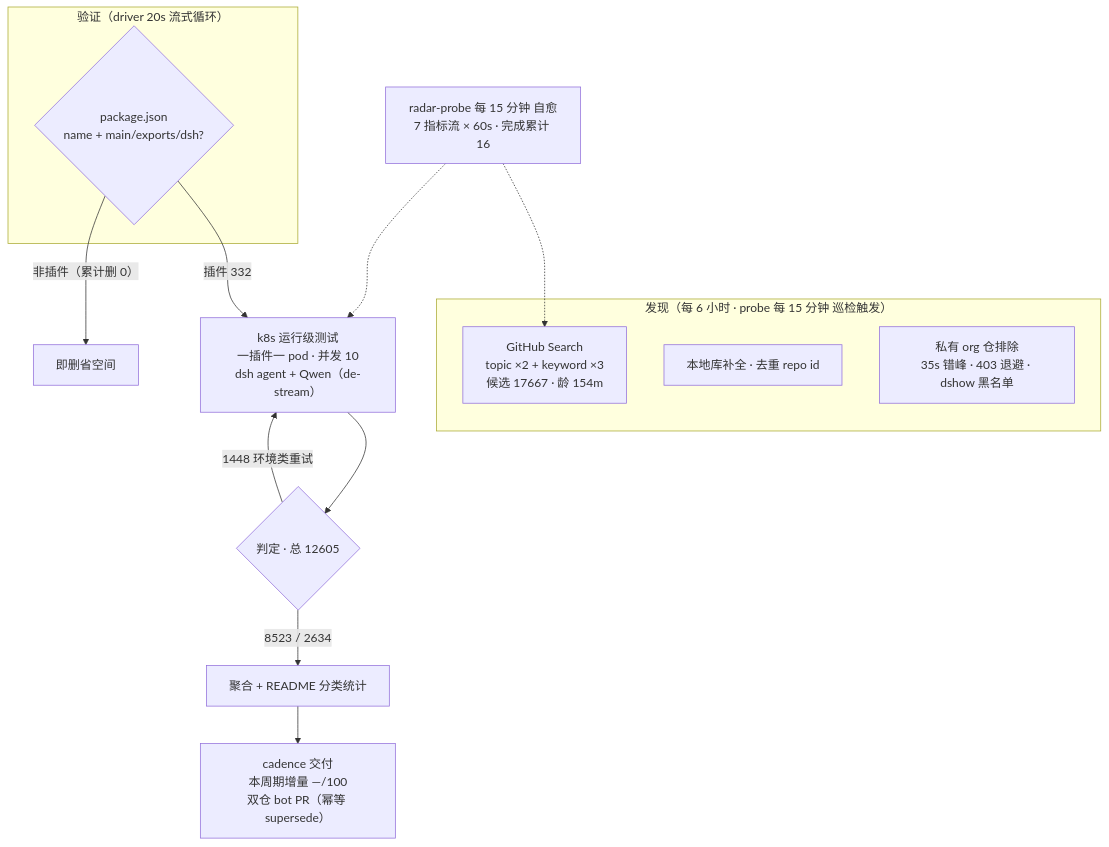
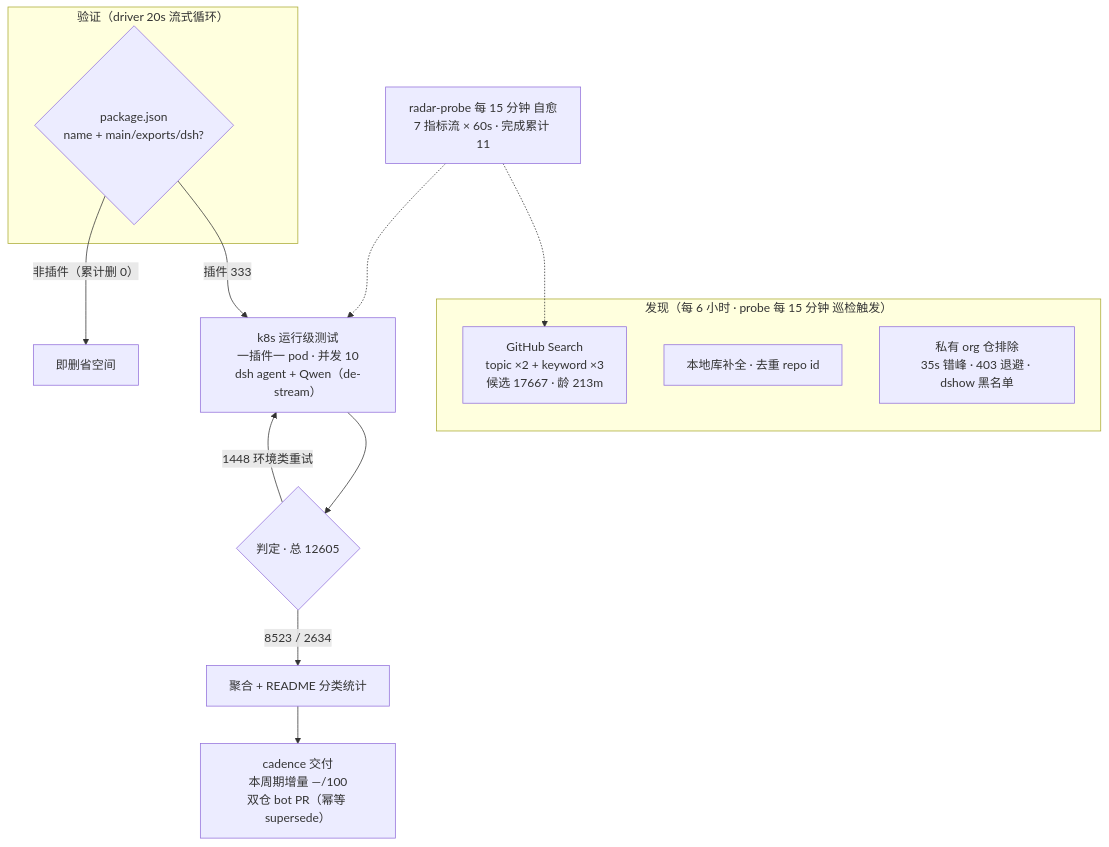
The diagram in README.md (AdamPlatin123/awesome-dsh-plugins), drawn with Mermaid before and after one commit. The commit also changed other lines of this file and 5 other files, not shown here.

````diff
--- a/README.md
+++ b/README.md
@@ -52,20 +52,20 @@
 ```mermaid
 flowchart TB
     subgraph Discovery["发现（每 6 小时 · probe 每 15 分钟 巡检触发）"]
-        A1["GitHub Search<br/>topic ×2 + keyword ×3<br/>候选 17667 · 龄 154m"]
+        A1["GitHub Search<br/>topic ×2 + keyword ×3<br/>候选 17667 · 龄 213m"]
         A2["本地库补全 · 去重 repo id"]
         A3["私有 org 仓排除<br/>35s 错峰 · 403 退避 · dshow 黑名单"]
     end
     subgraph Validation["验证（driver 20s 流式循环）"]
         B1{"package.json<br/>name + main/exports/dsh?"}
     end
-    B1 -->|"插件 332"| C1["k8s 运行级测试<br/>一插件一 pod · 并发 10<br/>dsh agent + Qwen（de-stream）"]
+    B1 -->|"插件 333"| C1["k8s 运行级测试<br/>一插件一 pod · 并发 10<br/>dsh agent + Qwen（de-stream）"]
     B1 -->|"非插件（累计删 0）"| B3["即删省空间"]
     C1 --> D1{"判定 · 总 12605"}
     D1 -->|"8523 / 2634"| E1["聚合 + README 分类统计"]
     D1 -->|"1448 环境类重试"| C1
     E1 --> E2["cadence 交付<br/>本周期增量 —/100<br/>双仓 bot PR（幂等 supersede）"]
-    M["radar-probe 每 15 分钟 自愈<br/>7 指标流 × 60s · 完成累计 16"]
+    M["radar-probe 每 15 分钟 自愈<br/>7 指标流 × 60s · 完成累计 11"]
     M -.-> A1
     M -.-> C1
 ```
````
